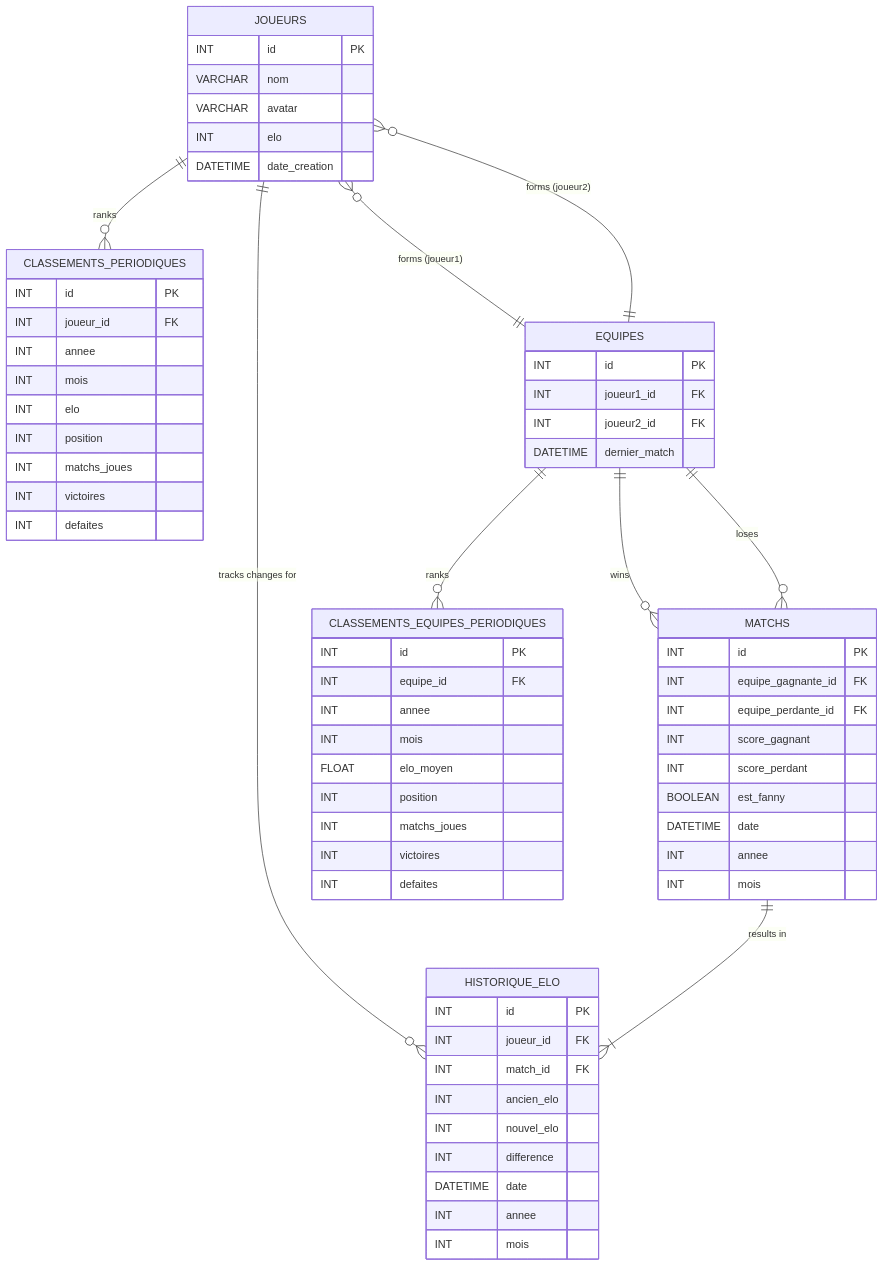
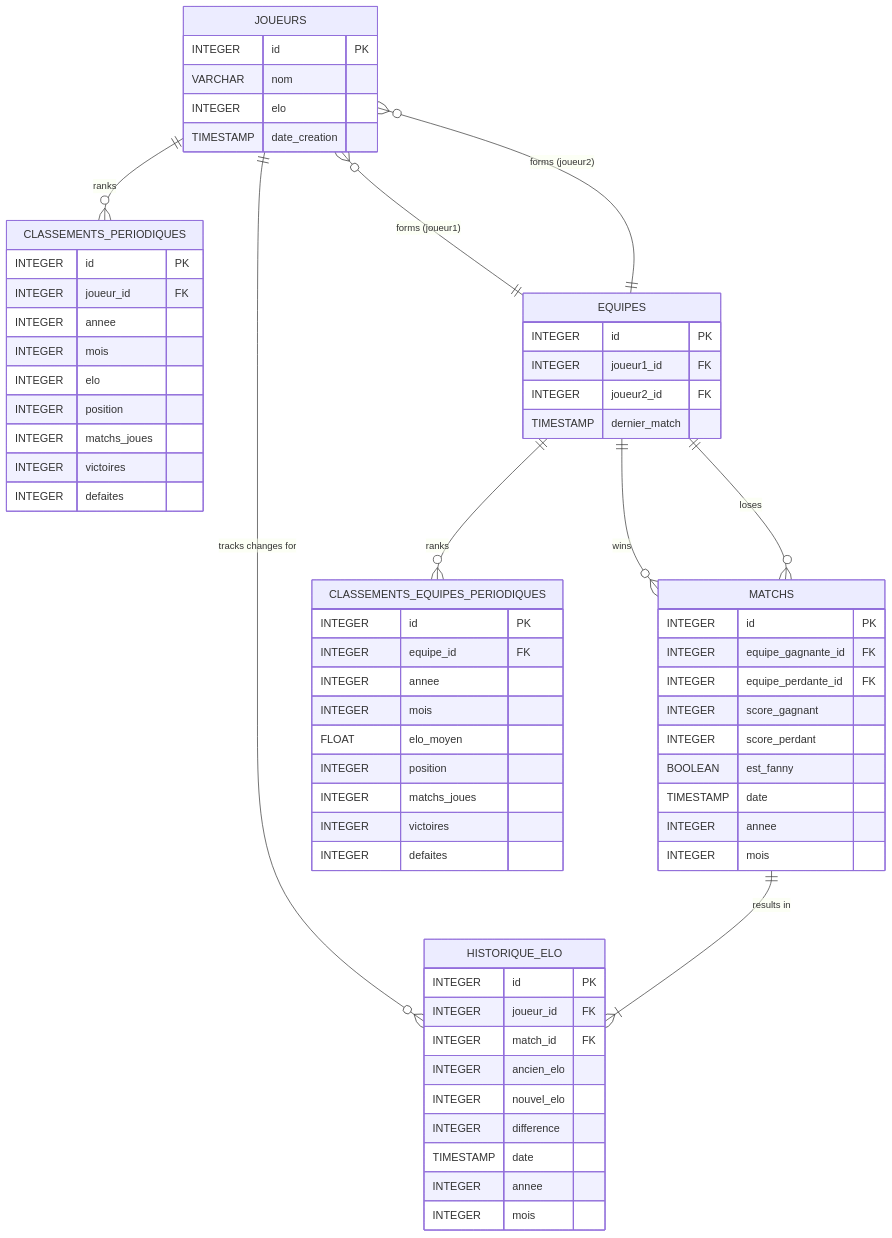
The diagram in docs/project.md (schalappe/baby_foot_elo), drawn with Mermaid before and after one commit. The commit also changed other lines of this file, not shown here.

````diff
--- a/docs/project.md
+++ b/docs/project.md
@@ -84,76 +85,75 @@
 ```mermaid
 erDiagram
     JOUEURS ||--o{ HISTORIQUE_ELO : "tracks changes for"
     JOUEURS ||--o{ CLASSEMENTS_PERIODIQUES : "ranks"
     JOUEURS }o--|| EQUIPES : "forms (joueur1)"
     JOUEURS }o--|| EQUIPES : "forms (joueur2)"
 
     EQUIPES ||--o{ MATCHS : "wins"
     EQUIPES ||--o{ MATCHS : "loses"
     EQUIPES ||--o{ CLASSEMENTS_EQUIPES_PERIODIQUES : "ranks"
 
     MATCHS ||--|{ HISTORIQUE_ELO : "results in"
 
     JOUEURS {
-        INT id PK
+        INTEGER id PK
         VARCHAR nom
-        VARCHAR avatar
-        INT elo
-        DATETIME date_creation
+        INTEGER elo
+        TIMESTAMP date_creation
     }
 
     EQUIPES {
-        INT id PK
-        INT joueur1_id FK
-        INT joueur2_id FK
-        DATETIME dernier_match
+        INTEGER id PK
+        INTEGER joueur1_id FK
+        INTEGER joueur2_id FK
+        TIMESTAMP dernier_match
     }
 
     MATCHS {
-        INT id PK
-        INT equipe_gagnante_id FK
-        INT equipe_perdante_id FK
-        INT score_gagnant
-        INT score_perdant
+        INTEGER id PK
+        INTEGER equipe_gagnante_id FK
+        INTEGER equipe_perdante_id FK
+        INTEGER score_gagnant
+        INTEGER score_perdant
         BOOLEAN est_fanny
-        DATETIME date
-        INT annee
-        INT mois
+        TIMESTAMP date
+        INTEGER annee
+        INTEGER mois
     }
 
     HISTORIQUE_ELO {
-        INT id PK
-        INT joueur_id FK
-        INT match_id FK
-        INT ancien_elo
-        INT nouvel_elo
-        INT difference
-        DATETIME date
-        INT annee
-        INT mois
+        INTEGER id PK
+        INTEGER joueur_id FK
+        INTEGER match_id FK
+        INTEGER ancien_elo
+        INTEGER nouvel_elo
+        INTEGER difference
+        TIMESTAMP date
+        INTEGER annee
+        INTEGER mois
     }
 
     CLASSEMENTS_PERIODIQUES {
-        INT id PK
-        INT joueur_id FK
-        INT annee
-        INT mois
-        INT elo
-        INT position
-        INT matchs_joues
-        INT victoires
-        INT defaites
+        INTEGER id PK
+        INTEGER joueur_id FK
+        INTEGER annee
+        INTEGER mois
+        INTEGER elo
+        INTEGER position
+        INTEGER matchs_joues
+        INTEGER victoires
+        INTEGER defaites
     }
 
     CLASSEMENTS_EQUIPES_PERIODIQUES {
-        INT id PK
-        INT equipe_id FK
-        INT annee
-        INT mois
-        FLOAT elo_moyen 
-        INT position
-        INT matchs_joues
-        INT victoires
-        INT defaites
+        INTEGER id PK
+        INTEGER equipe_id FK
+        INTEGER annee
+        INTEGER mois
+        FLOAT elo_moyen
+        INTEGER position
+        INTEGER matchs_joues
+        INTEGER victoires
+        INTEGER defaites
     }
 ```
````
